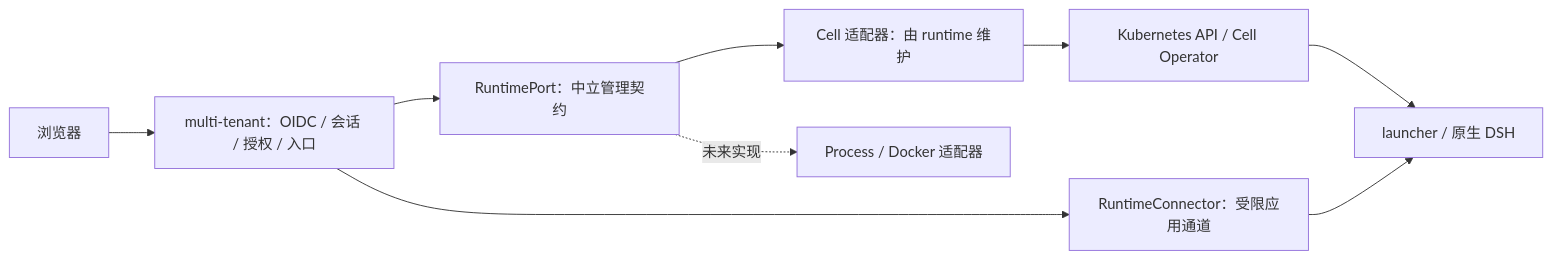
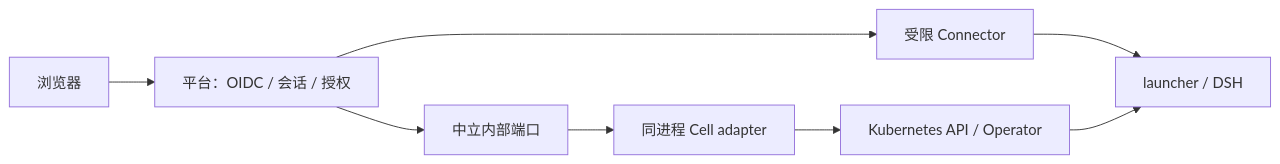
The diagram in docs/design/s0-runtime-architecture.zh-CN.md (GuoMonth/dsh-multi-tenant), drawn with Mermaid before and after one commit. The commit also changed other lines of this file and 10 other files, not shown here.

````diff
--- a/docs/design/s0-runtime-architecture.zh-CN.md
+++ b/docs/design/s0-runtime-architecture.zh-CN.md
@@ -24,11 +15,10 @@
 ```mermaid
 flowchart LR
-  B[浏览器] --> P[multi-tenant：OIDC / 会话 / 授权 / 入口]
-  P --> C[RuntimePort：中立管理契约]
-  C --> A[Cell 适配器：由 runtime 维护]
-  A --> K[Kubernetes API / Cell Operator]
-  K --> D[launcher / 原生 DSH]
-  P --> X[RuntimeConnector：受限应用通道]
-  X --> D
-  C -.未来实现.-> F[Process / Docker 适配器]
+  U[浏览器] --> P[平台：OIDC / 会话 / 授权]
+  P --> I[中立内部端口]
+  I --> A[同进程 Cell adapter]
+  A --> K[Kubernetes API / Operator]
+  P --> C[受限 Connector]
+  C --> D[launcher / DSH]
+  K --> D
 ```
````
